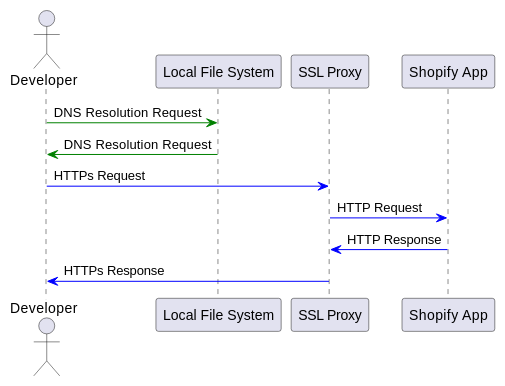
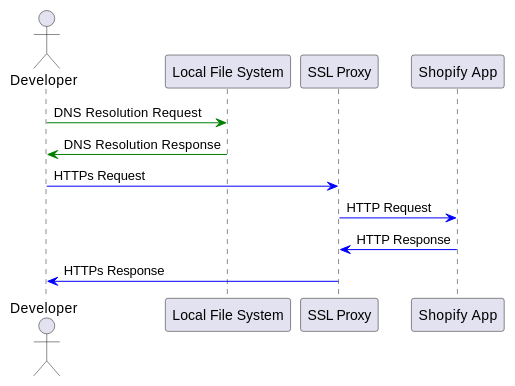
Before and after one commit to xianqugithub/xianqugithub.github.io: the second of 2 diagrams in assets/img/uml.org, drawn with PlantUML. The commit also changed 1 other file, not shown here.

Commit message:
change typo.

```diff
--- a/assets/img/uml.org
+++ b/assets/img/uml.org
@@ -33,12 +33,12 @@
      #+begin_src plantuml :file shopify-localhost-sequence.jpeg
 
      actor Developer
       Developer -[#green]> "Local File System": DNS Resolution Request
-      "Local File System" -[#green]> Developer: DNS Resolution Request
+      "Local File System" -[#green]> Developer: DNS Resolution Response
 
      Developer -[#blue]> "SSL Proxy": HTTPs Request
      "SSL Proxy" -[#blue]> "Shopify App": HTTP Request
      "Shopify App" -[#blue]> "SSL Proxy": HTTP Response
      "SSL Proxy" -[#blue]> Developer: HTTPs Response
     
    #+end_src
```
